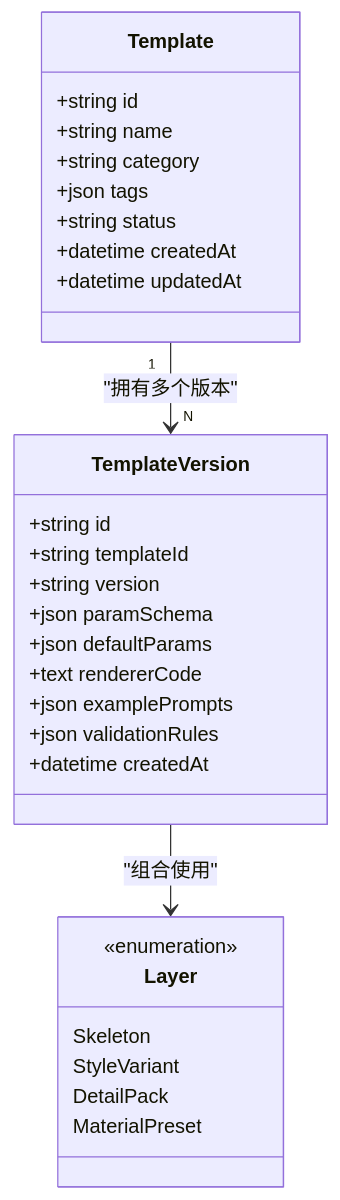
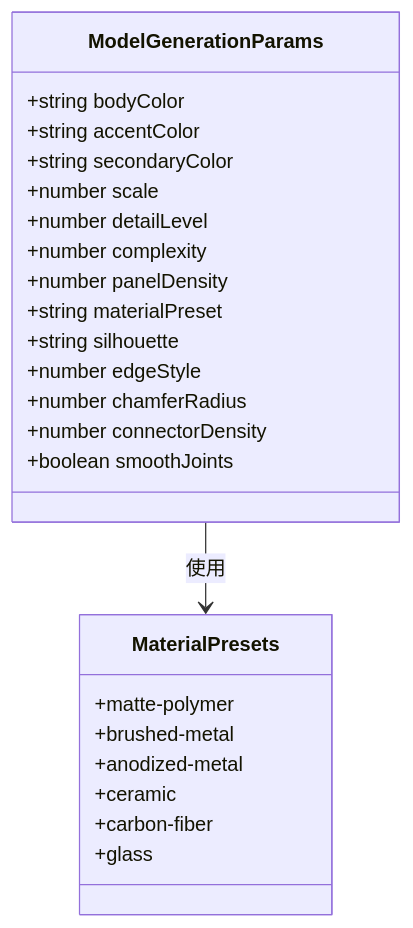
The fourth of 8 diagrams in .qoder/repowiki/zh/content/核心功能模块/模板系统与参数化.md (MrXujiang/ApexForge), drawn with Mermaid before and after one commit. The commit also changed other lines of this file and 84 other files, not shown here.

````diff
--- a/.qoder/repowiki/zh/content/核心功能模块/模板系统与参数化.md
+++ b/.qoder/repowiki/zh/content/核心功能模块/模板系统与参数化.md
@@ -102,32 +155,27 @@
 ```mermaid
 classDiagram
-class Template {
-+string id
-+string name
-+string category
-+json tags
-+string status
-+datetime createdAt
-+datetime updatedAt
+class ModelGenerationParams {
++string bodyColor
++string accentColor
++string secondaryColor
++number scale
++number detailLevel
++number complexity
++number panelDensity
++string materialPreset
++string silhouette
++number edgeStyle
++number chamferRadius
++number connectorDensity
++boolean smoothJoints
 }
-class TemplateVersion {
-+string id
-+string templateId
-+string version
-+json paramSchema
-+json defaultParams
-+text rendererCode
-+json examplePrompts
-+json validationRules
-+datetime createdAt
+class MaterialPresets {
++matte-polymer
++brushed-metal
++anodized-metal
++ceramic
++carbon-fiber
++glass
 }
-class Layer {
-<<enumeration>>
-Skeleton
-StyleVariant
-DetailPack
-MaterialPreset
-}
-Template "1" --> "N" TemplateVersion : "拥有多个版本"
-TemplateVersion --> Layer : "组合使用"
+ModelGenerationParams --> MaterialPresets : 使用
 ```
````
